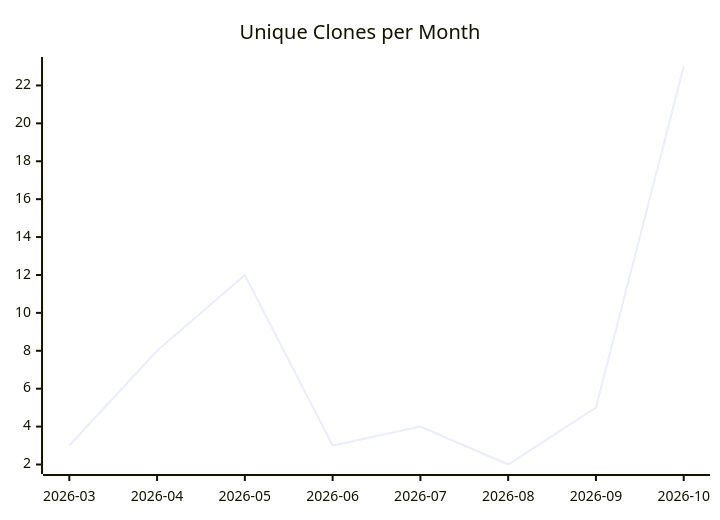
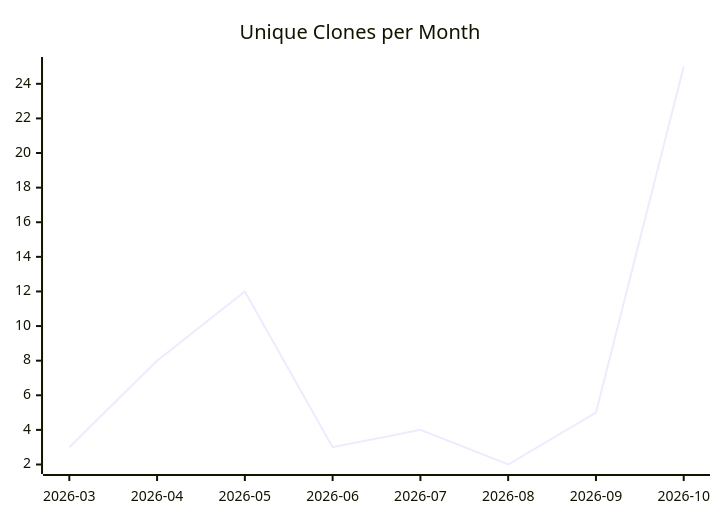
Before and after one commit to justdavis-family/github-analytics-data: the third of 3 diagrams in karlmdavis/puppet-sonar/README.md, drawn with Mermaid. The commit also changed other lines of this file and 198 other files, not shown here.

````diff
--- a/karlmdavis/puppet-sonar/README.md
+++ b/karlmdavis/puppet-sonar/README.md
@@ -19,6 +19,6 @@
 ```mermaid
 xychart-beta
   title "Unique Clones per Month"
   x-axis ["2026-03", "2026-04", "2026-05", "2026-06", "2026-07", "2026-08", "2026-09", "2026-10"]
-  line [3, 8, 12, 3, 4, 2, 5, 23]
+  line [3, 8, 12, 3, 4, 2, 5, 25]
 ```
````
